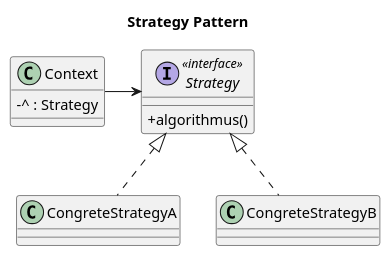
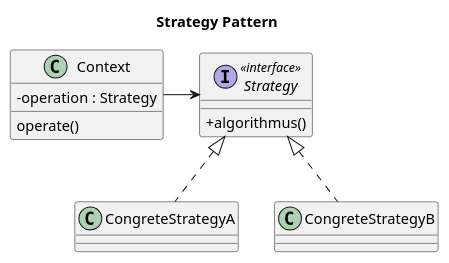
Before and after one commit to elmarkrainz/msd18-swdesign-despat: the diagram in src/main/java/at/fhj/msd/swdesign/strategy/strategy.puml, drawn with PlantUML. The commit also changed 9 other files, not shown here.

```diff
--- a/src/main/java/at/fhj/msd/swdesign/strategy/strategy.puml
+++ b/src/main/java/at/fhj/msd/swdesign/strategy/strategy.puml
@@ -1,23 +1,31 @@
 @startuml
 
 skinparam classAttributeIconSize 0
 title Strategy Pattern
 
 class Context{
 
-- ^ : Strategy
+- operation : Strategy
+
+  operate()
+
 
 }
+
+
+
+
+
+
 
 interface  Strategy <<interface>>{
 + algorithmus()
 }
 
-
 Context ->  Strategy
 
- Strategy <|.. CongreteStrategyA
- Strategy <|.. CongreteStrategyB
+Strategy <|.. CongreteStrategyA
+Strategy <|.. CongreteStrategyB
 
 
 @enduml
```
